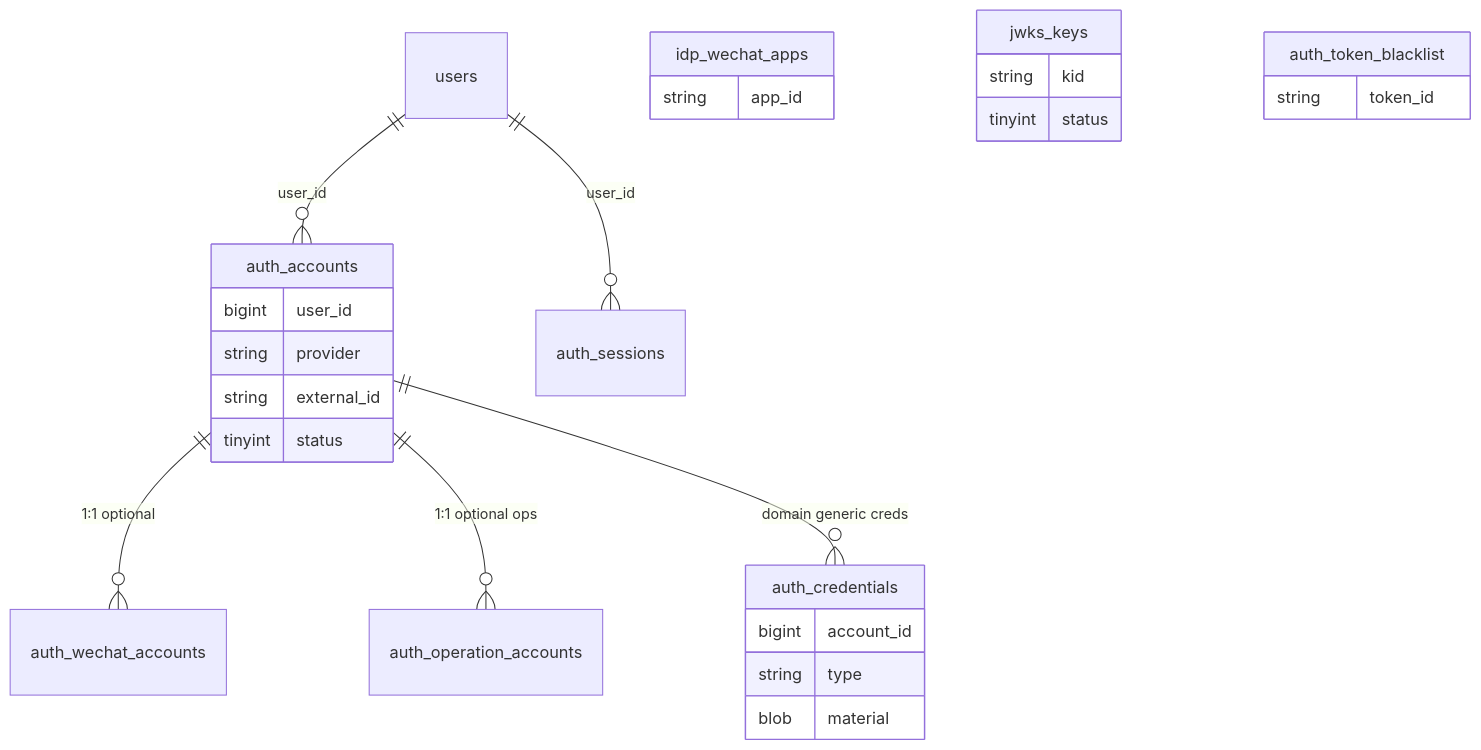
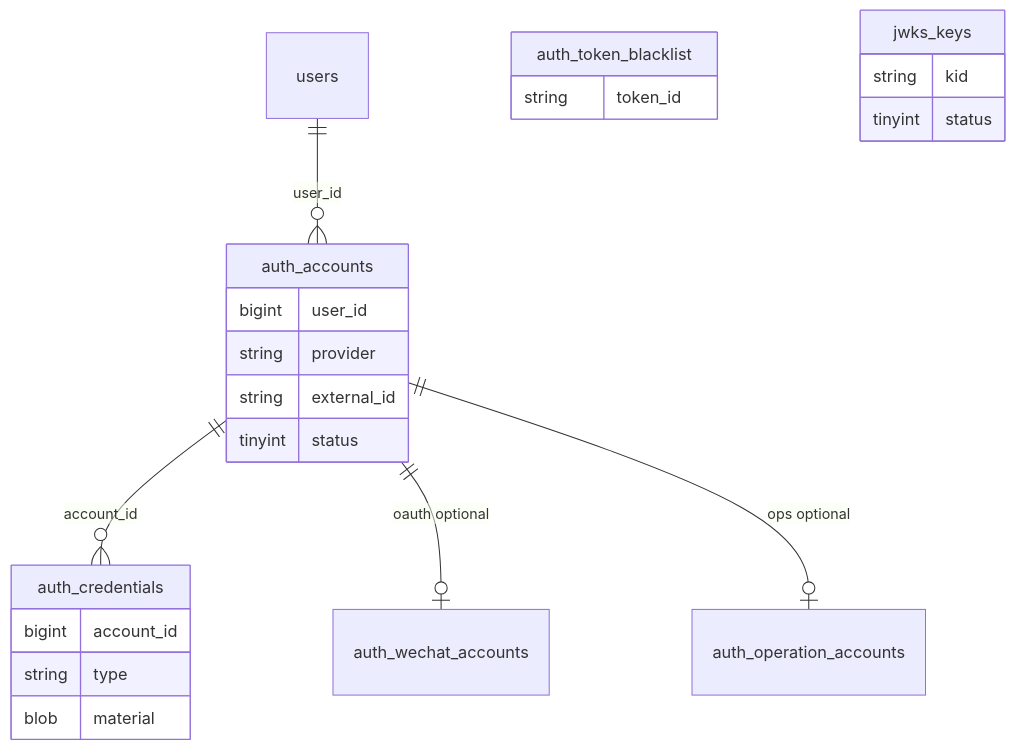
One commit to FangcunMount/iam-contracts changed the third of 4 diagrams in docs/02-业务域/01-authn-认证、Token、JWKS.md. Above: the diagram before and after it, drawn with Mermaid. The commit also changed other lines of this file and 24 other files, not shown here.

````diff
--- a/docs/02-业务域/01-authn-认证、Token、JWKS.md
+++ b/docs/02-业务域/01-authn-认证、Token、JWKS.md
@@ -68,29 +112,25 @@
 ```mermaid
 erDiagram
   users ||--o{ auth_accounts : "user_id"
-  users ||--o{ auth_sessions : "user_id"
-  auth_accounts ||--o{ auth_wechat_accounts : "1:1 optional"
-  auth_accounts ||--o{ auth_operation_accounts : "1:1 optional ops"
-  auth_accounts ||--o{ auth_credentials : "domain generic creds"
-  idp_wechat_apps {
-    string app_id
+  auth_accounts ||--o{ auth_credentials : "account_id"
+  auth_accounts ||--o| auth_wechat_accounts : "oauth optional"
+  auth_accounts ||--o| auth_operation_accounts : "ops optional"
+  auth_token_blacklist {
+    string token_id
+  }
+  jwks_keys {
+    string kid
+    tinyint status
   }
   auth_accounts {
     bigint user_id
     string provider
     string external_id
     tinyint status
   }
   auth_credentials {
     bigint account_id
     string type
     blob material
   }
-  jwks_keys {
-    string kid
-    tinyint status
-  }
-  auth_token_blacklist {
-    string token_id
-  }
 ```
````
